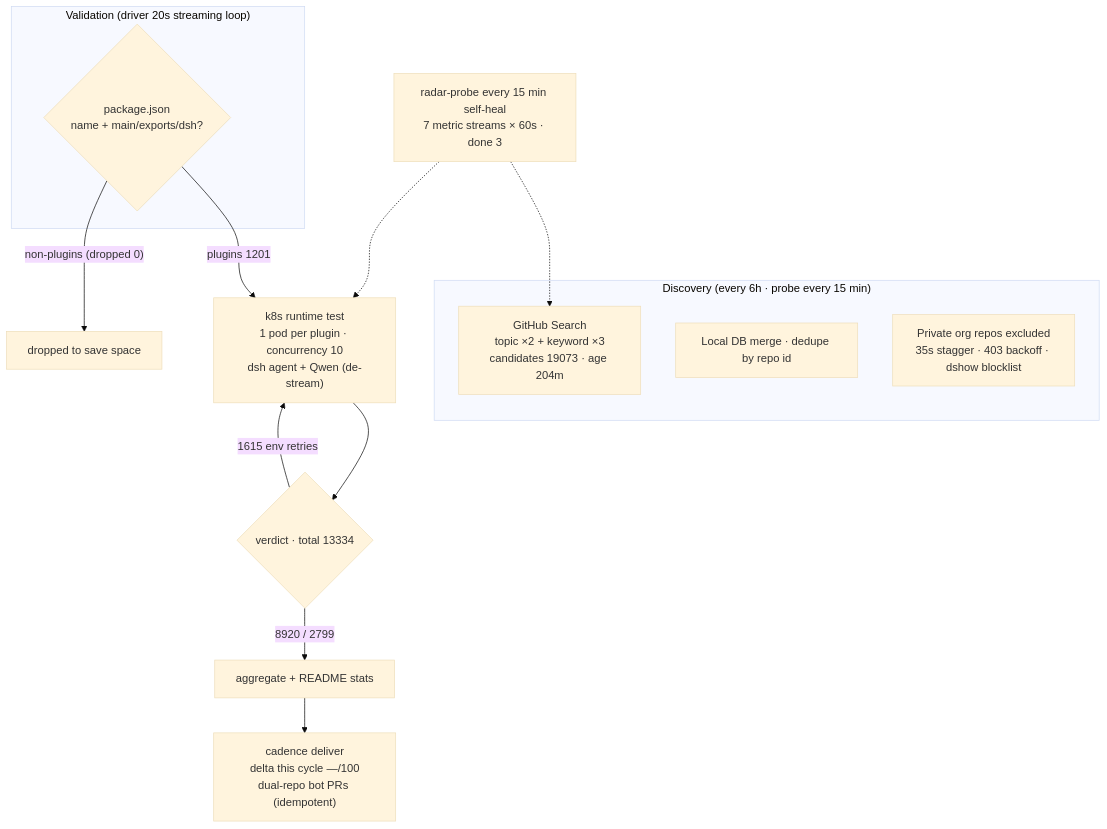
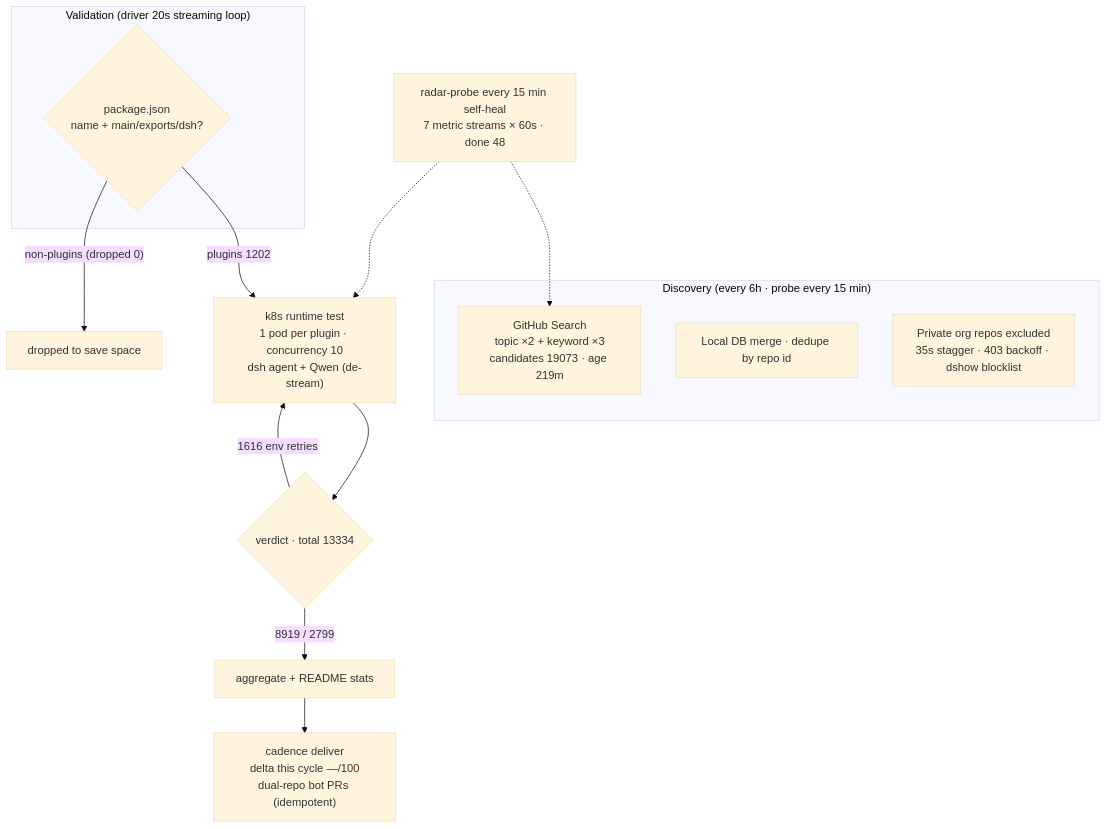
Before and after one commit to AdamPlatin123/dsh-plugin-radar: the diagram in README.en-US.md, drawn with Mermaid (base theme). The commit also changed other lines of this file and 6 other files, not shown here.

````diff
--- a/README.en-US.md
+++ b/README.en-US.md
@@ -45,20 +45,20 @@
 ```mermaid
 flowchart TB
     subgraph Discovery["Discovery (every 6h · probe every 15 min)"]
-        A1["GitHub Search<br/>topic ×2 + keyword ×3<br/>candidates 19073 · age 204m"]
+        A1["GitHub Search<br/>topic ×2 + keyword ×3<br/>candidates 19073 · age 219m"]
         A2["Local DB merge · dedupe by repo id"]
         A3["Private org repos excluded<br/>35s stagger · 403 backoff · dshow blocklist"]
     end
     subgraph Validation["Validation (driver 20s streaming loop)"]
         B1{"package.json<br/>name + main/exports/dsh?"}
     end
-    B1 -->|"plugins 1201"| C1["k8s runtime test<br/>1 pod per plugin · concurrency 10<br/>dsh agent + Qwen (de-stream)"]
+    B1 -->|"plugins 1202"| C1["k8s runtime test<br/>1 pod per plugin · concurrency 10<br/>dsh agent + Qwen (de-stream)"]
     B1 -->|"non-plugins (dropped 0)"| B3["dropped to save space"]
     C1 --> D1{"verdict · total 13334"}
-    D1 -->|"8920 / 2799"| E1["aggregate + README stats"]
-    D1 -->|"1615 env retries"| C1
+    D1 -->|"8919 / 2799"| E1["aggregate + README stats"]
+    D1 -->|"1616 env retries"| C1
     E1 --> E2["cadence deliver<br/>delta this cycle —/100<br/>dual-repo bot PRs (idempotent)"]
-    M["radar-probe every 15 min self-heal<br/>7 metric streams × 60s · done 3"]
+    M["radar-probe every 15 min self-heal<br/>7 metric streams × 60s · done 48"]
     M -.-> A1
     M -.-> C1
 ```
````
